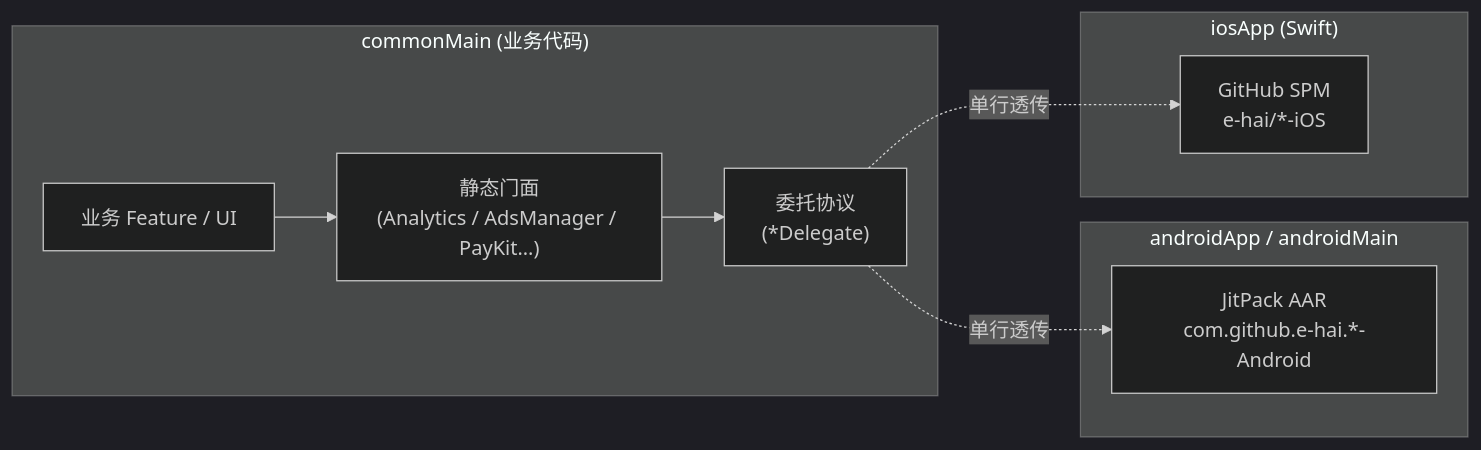
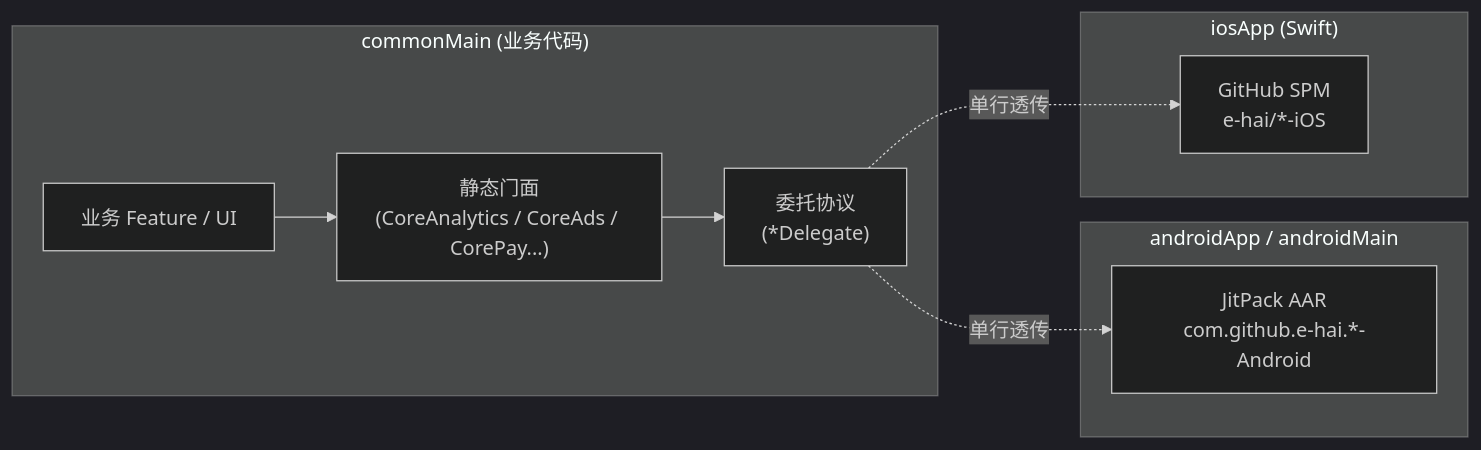
One commit to e-hai/Architecture changed the diagram in README.md. Above: the diagram before and after it, drawn with Mermaid (dark theme). The commit also changed other lines of this file and 33 other files, not shown here.

````diff
--- a/README.md
+++ b/README.md
@@ -58,20 +58,20 @@
 ```mermaid
 flowchart LR
     subgraph Common["commonMain (业务代码)"]
         Biz["业务 Feature / UI"]
-        Facade["静态门面<br/>(Analytics / AdsManager / PayKit...)"]
+        Facade["静态门面<br/>(CoreAnalytics / CoreAds / CorePay...)"]
         Delegate["委托协议<br/>(*Delegate)"]
         Biz --> Facade
         Facade --> Delegate
     end
 
     subgraph Android["androidApp / androidMain"]
         AndroidSDK["JitPack AAR<br/>com.github.e-hai.*-Android"]
         Delegate -.->|单行透传| AndroidSDK
     end
 
     subgraph iOS["iosApp (Swift)"]
         IosSPM["GitHub SPM<br/>e-hai/*-iOS"]
         Delegate -.->|单行透传| IosSPM
     end
 ```
````
